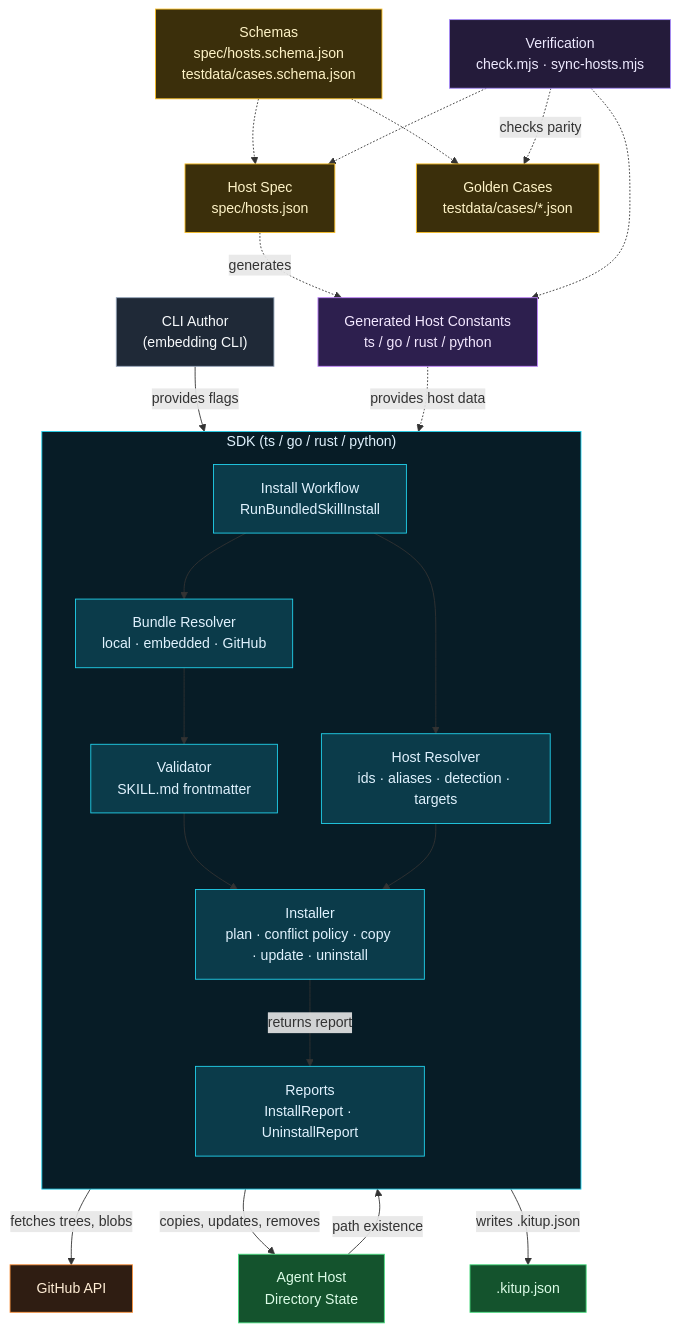
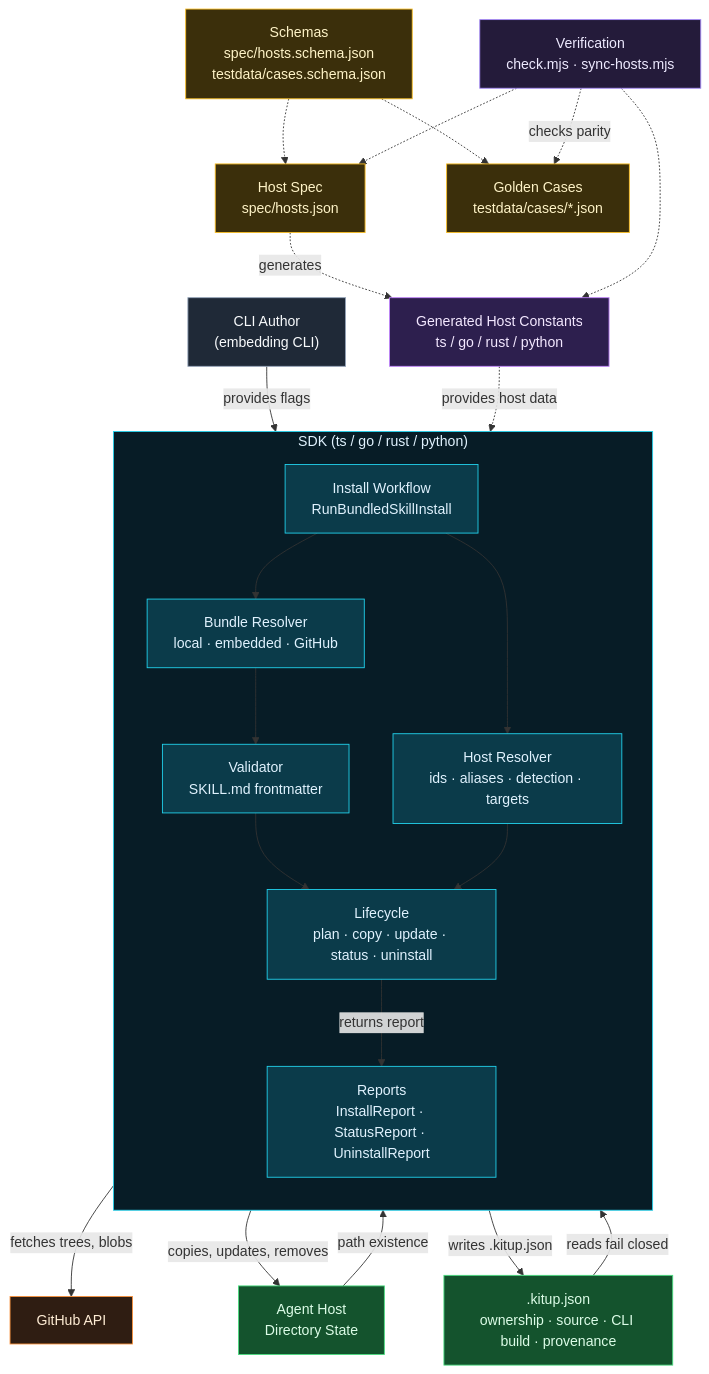
The diagram in docs/architecture.mmd (lathe-cli/kitup), drawn with Mermaid before and after one commit. The commit also changed 21 other files, not shown here.

Commit message:
feat(sdk): expose installed skill metadata and lifecycle commands

```diff
--- a/docs/architecture.mmd
+++ b/docs/architecture.mmd
@@ -1,51 +1,52 @@
 flowchart TB
     AUTHOR["CLI Author\n(embedding CLI)"]:::actor
 
     subgraph SDK["SDK (ts / go / rust / python)"]
         direction TB
         WORKFLOW["Install Workflow\nRunBundledSkillInstall"]:::execution
         BUNDLE["Bundle Resolver\nlocal · embedded · GitHub"]:::execution
         VALIDATE["Validator\nSKILL.md frontmatter"]:::execution
         HOST["Host Resolver\nids · aliases · detection · targets"]:::execution
-        INSTALL["Installer\nplan · conflict policy · copy · update · uninstall"]:::execution
-        REPORT["Reports\nInstallReport · UninstallReport"]:::execution
+        INSTALL["Lifecycle\nplan · copy · update · status · uninstall"]:::execution
+        REPORT["Reports\nInstallReport · StatusReport · UninstallReport"]:::execution
     end
 
     HOSTSPEC["Host Spec\nspec/hosts.json"]:::contract
     SCHEMAS["Schemas\nspec/hosts.schema.json\ntestdata/cases.schema.json"]:::contract
     CASES["Golden Cases\ntestdata/cases/*.json"]:::contract
     GENHOSTS["Generated Host Constants\nts / go / rust / python"]:::artifact
     VERIFY["Verification\ncheck.mjs · sync-hosts.mjs"]:::control
     GITHUB["GitHub API"]:::external
     TARGETS["Agent Host\nDirectory State"]:::state
-    METADATA[".kitup.json"]:::state
+    METADATA[".kitup.json\nownership · source · CLI build · provenance"]:::state
 
     AUTHOR -->|"provides flags"| WORKFLOW
     WORKFLOW --> BUNDLE
     WORKFLOW --> HOST
     BUNDLE --> VALIDATE
     BUNDLE -->|"fetches trees, blobs"| GITHUB
     GENHOSTS -.->|"provides host data"| HOST
     TARGETS -->|"path existence"| HOST
     VALIDATE --> INSTALL
     HOST --> INSTALL
     INSTALL -->|"copies, updates, removes"| TARGETS
     INSTALL -->|"writes .kitup.json"| METADATA
+    METADATA -->|"reads fail closed"| INSTALL
     INSTALL -->|"returns report"| REPORT
 
     SCHEMAS -.-> HOSTSPEC
     SCHEMAS -.-> CASES
     HOSTSPEC -.->|"generates"| GENHOSTS
     VERIFY -.-> HOSTSPEC
     VERIFY -.->|"checks parity"| CASES
     VERIFY -.-> GENHOSTS
 
     classDef actor fill:#1f2937,stroke:#94a3b8,color:#f8fafc,stroke-width:1px;
     classDef control fill:#241b3a,stroke:#a78bfa,color:#ede9fe,stroke-width:1px;
     classDef execution fill:#0b3b4a,stroke:#22d3ee,color:#e0f2fe,stroke-width:1px;
     classDef contract fill:#3b2f0b,stroke:#fbbf24,color:#fef3c7,stroke-width:1px;
     classDef artifact fill:#2d1f4e,stroke:#c084fc,color:#f3e8ff,stroke-width:1px;
     classDef state fill:#14532d,stroke:#4ade80,color:#dcfce7,stroke-width:1px;
     classDef external fill:#2f1d12,stroke:#fb923c,color:#ffedd5,stroke-width:1px;
 
     style SDK fill:#071c26,stroke:#22d3ee,color:#e0f2fe
```
